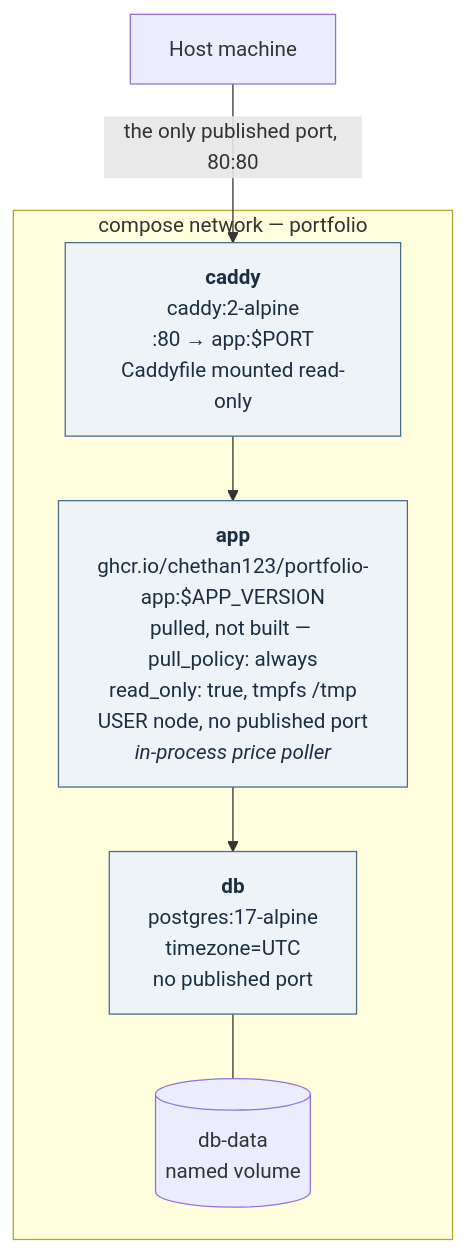
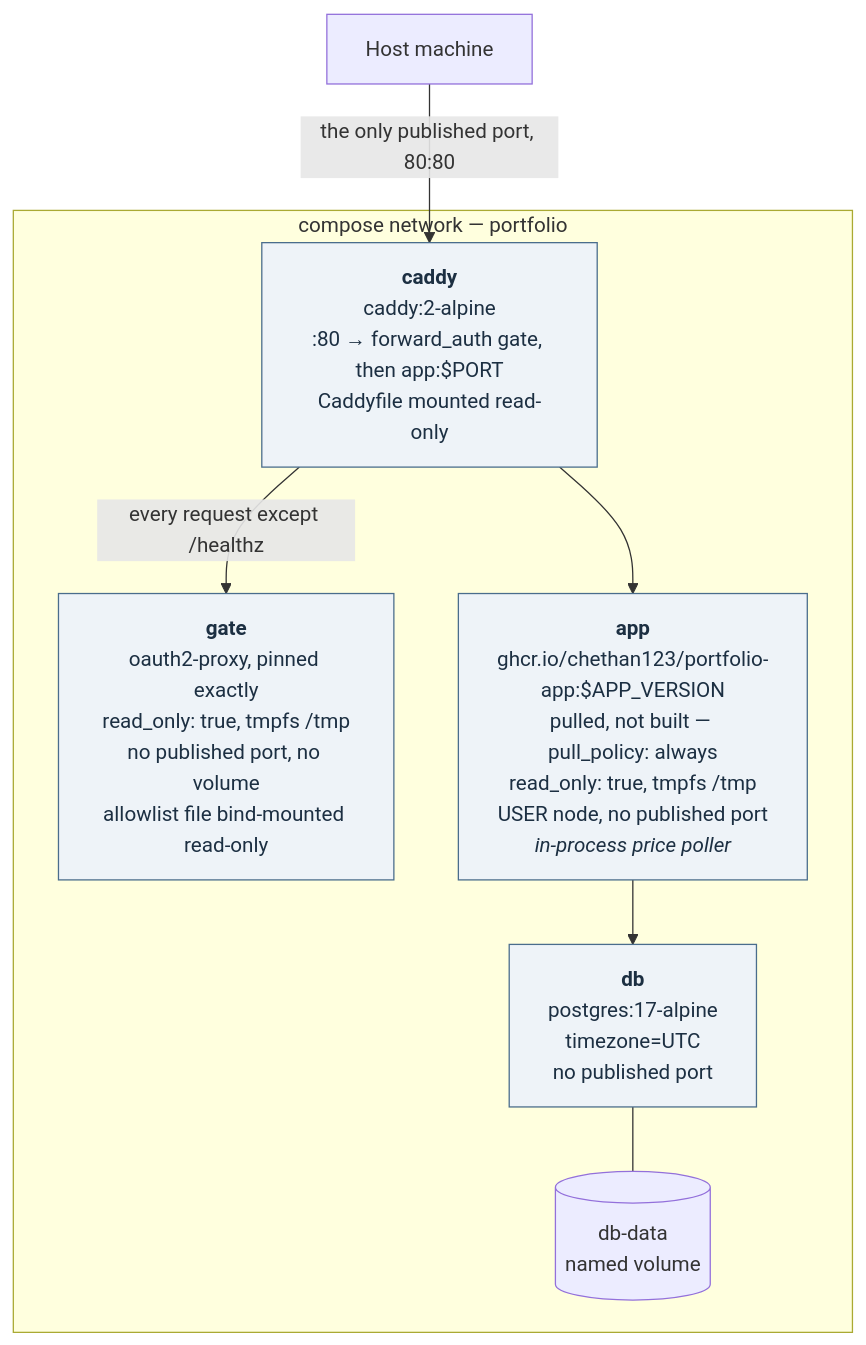
The second of 10 diagrams in ARCHITECTURE.md (chethan123/portfolio), drawn with Mermaid before and after one commit. The commit also changed other lines of this file and 2 other files, not shown here.

````diff
--- a/ARCHITECTURE.md
+++ b/ARCHITECTURE.md
@@ -110,19 +136,21 @@
 ```mermaid
 graph TB
     host["Host machine"]
 
     subgraph compose["compose network — portfolio"]
-        caddy["<b>caddy</b><br/>caddy:2-alpine<br/>:80 → app:$PORT<br/>Caddyfile mounted read-only"]
+        caddy["<b>caddy</b><br/>caddy:2-alpine<br/>:80 → forward_auth gate, then app:$PORT<br/>Caddyfile mounted read-only"]
+        gate["<b>gate</b><br/>oauth2-proxy, pinned exactly<br/>read_only: true, tmpfs /tmp<br/>no published port, no volume<br/>allowlist file bind-mounted read-only"]
         app["<b>app</b><br/>ghcr.io/chethan123/portfolio-app:$APP_VERSION<br/>pulled, not built — pull_policy: always<br/>read_only: true, tmpfs /tmp<br/>USER node, no published port<br/><i>in-process price poller</i>"]
         db["<b>db</b><br/>postgres:17-alpine<br/>timezone=UTC<br/>no published port"]
         vol[("db-data<br/>named volume")]
     end
 
     host -->|"the only published port, 80:80"| caddy
+    caddy -->|"every request except /healthz"| gate
     caddy --> app
     app --> db
     db --- vol
 
     classDef svc fill:#eef3f8,stroke:#4a6d8c,color:#1c2f42
-    class caddy,app,db svc
+    class caddy,gate,app,db svc
 ```
````
